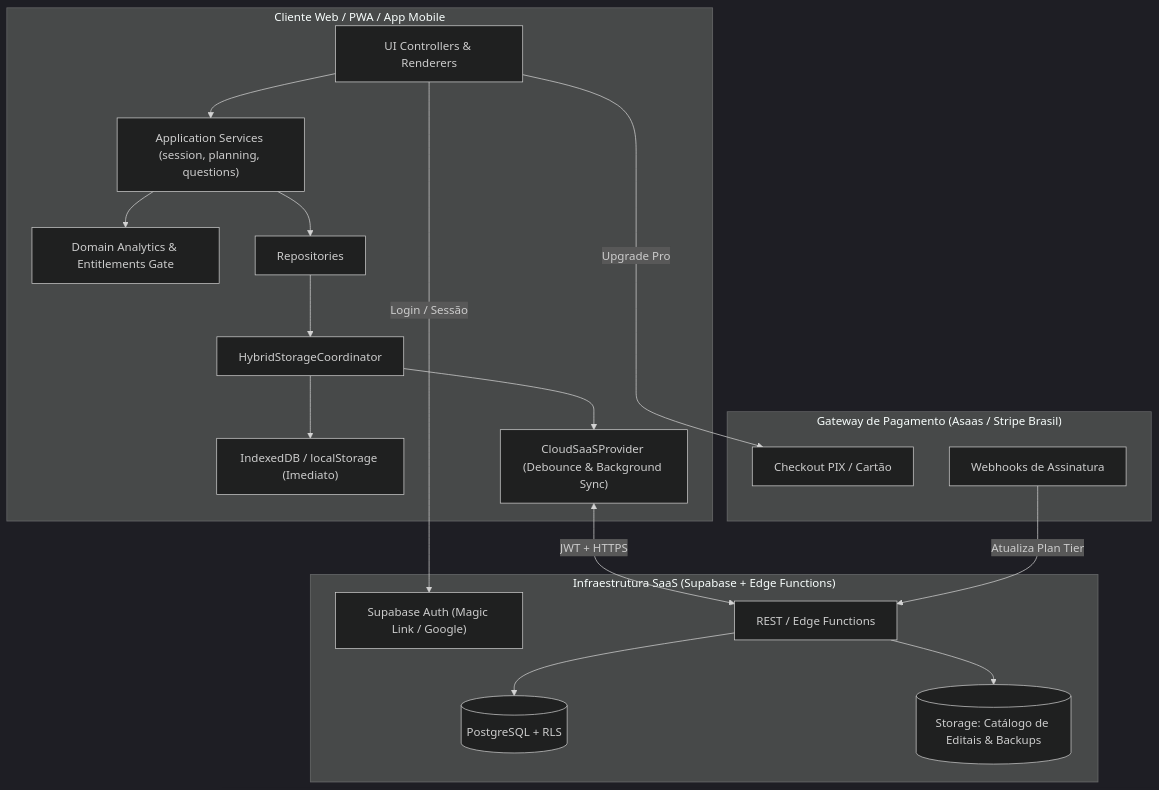
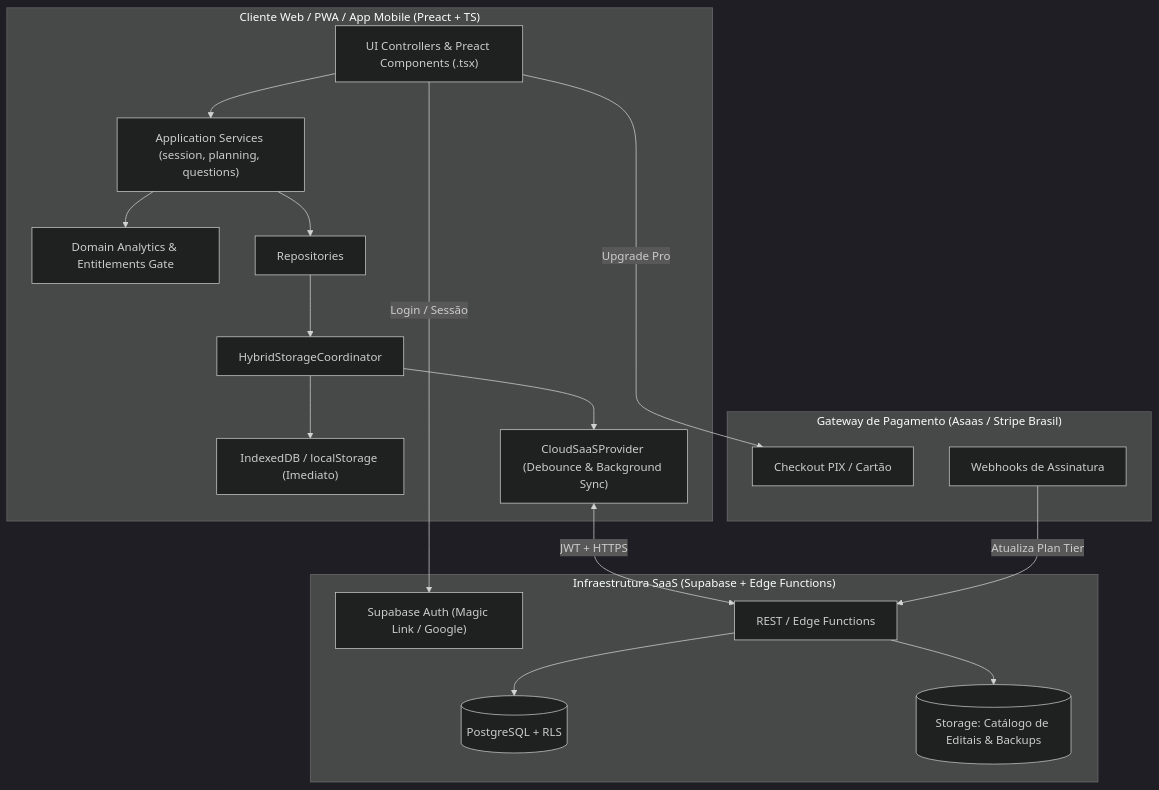
One commit to vitoriapac/Extrato changed the diagram in docs/PLANO-TRANSFORMACAO-SAAS.md. Above: the diagram before and after it, drawn with Mermaid (dark theme). The commit also changed other lines of this file, not shown here.

````diff
--- a/docs/PLANO-TRANSFORMACAO-SAAS.md
+++ b/docs/PLANO-TRANSFORMACAO-SAAS.md
@@ -18,30 +18,30 @@
 ```mermaid
 flowchart TB
-    subgraph Client ["Cliente Web / PWA / App Mobile"]
-        UI["UI Controllers & Renderers"] --> APP["Application Services (session, planning, questions)"]
+    subgraph Client ["Cliente Web / PWA / App Mobile (Preact + TS)"]
+        UI["UI Controllers & Preact Components (.tsx)"] --> APP["Application Services (session, planning, questions)"]
         APP --> DOMAIN["Domain Analytics & Entitlements Gate"]
         APP --> REPO["Repositories"]
         REPO --> HYBRID["HybridStorageCoordinator"]
         HYBRID --> LOCAL["IndexedDB / localStorage (Imediato)"]
         HYBRID --> CLOUD_PROV["CloudSaaSProvider (Debounce & Background Sync)"]
     end
 
     subgraph Backend ["Infraestrutura SaaS (Supabase + Edge Functions)"]
         AUTH["Supabase Auth (Magic Link / Google)"]
         API["REST / Edge Functions"]
         DB[("PostgreSQL + RLS")]
         STORAGE_BUCKET[("Storage: Catálogo de Editais & Backups")]
     end
 
     subgraph Billing ["Gateway de Pagamento (Asaas / Stripe Brasil)"]
         CHECKOUT["Checkout PIX / Cartão"]
         WEBHOOK["Webhooks de Assinatura"]
     end
 
     CLOUD_PROV <-->|"JWT + HTTPS"| API
     API --> DB
     API --> STORAGE_BUCKET
     UI -->|"Login / Sessão"| AUTH
     UI -->|"Upgrade Pro"| CHECKOUT
     WEBHOOK -->|"Atualiza Plan Tier"| API
 ```
````
